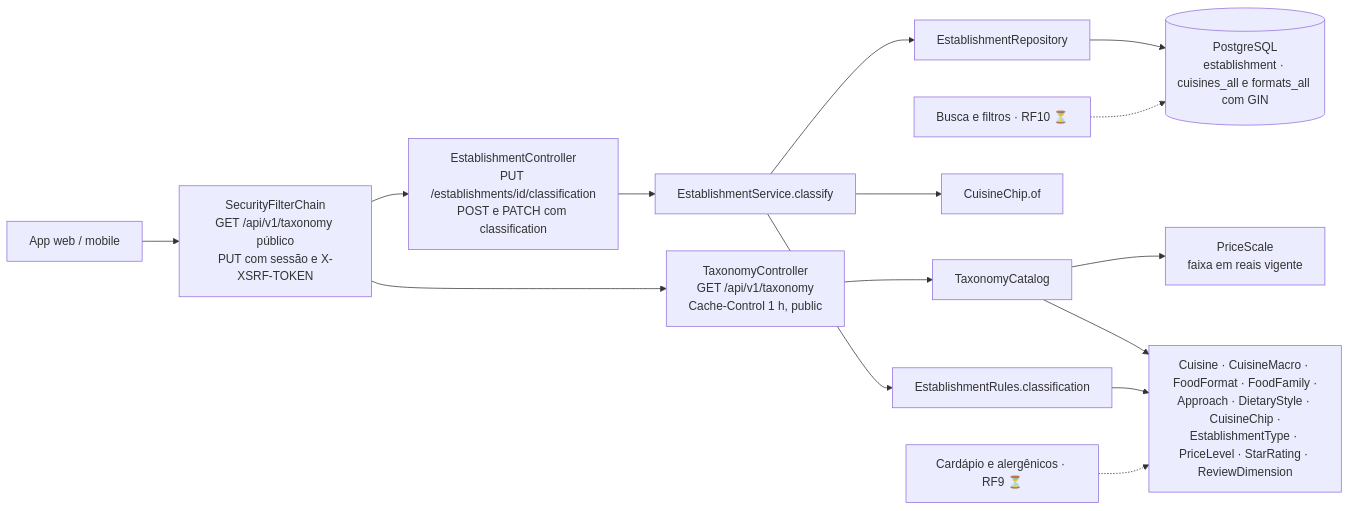
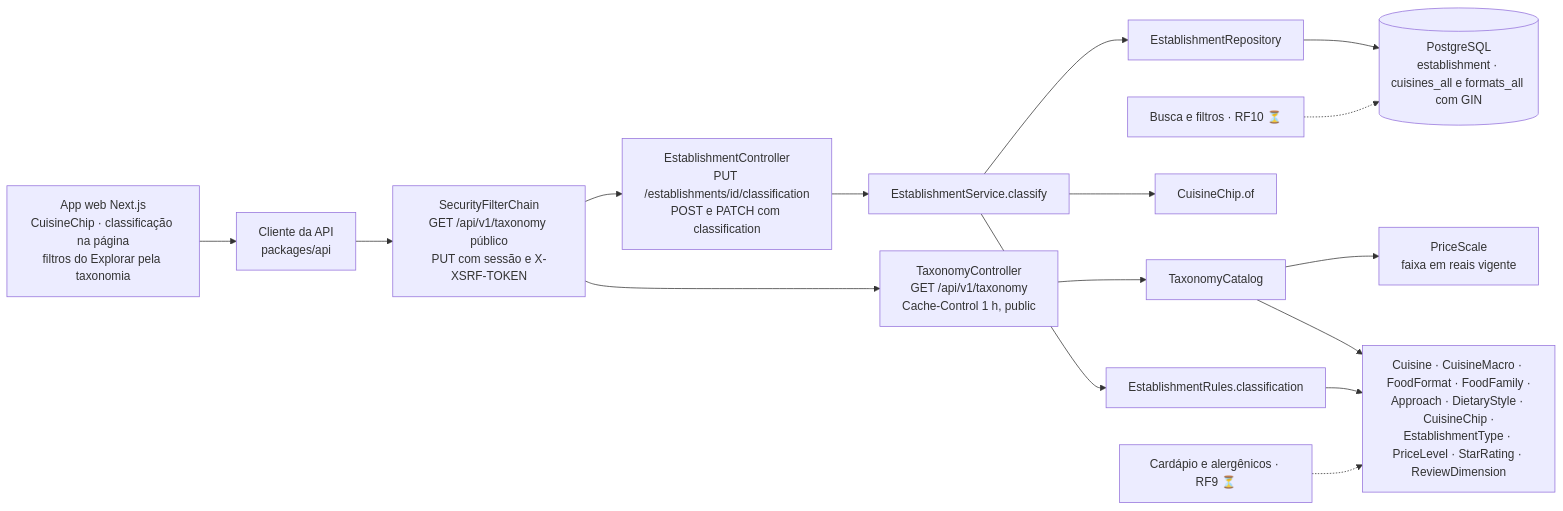
One commit to MatheusHaliski/Friendly-Eats changed the diagram in docs/RF7/componentes.md. Above: the diagram before and after it, drawn with Mermaid. The commit also changed 127 other files, not shown here.

````diff
--- a/docs/RF7/componentes.md
+++ b/docs/RF7/componentes.md
@@ -3,17 +3,17 @@
 ```mermaid
 flowchart LR
-    APP["App web / mobile"] --> SEC["SecurityFilterChain<br/>GET /api/v1/taxonomy público<br/>PUT com sessão e X-XSRF-TOKEN"]
+    WEB["App web Next.js<br/>CuisineChip · classificação na página<br/>filtros do Explorar pela taxonomia"] --> APP["Cliente da API<br/>packages/api"] --> SEC["SecurityFilterChain<br/>GET /api/v1/taxonomy público<br/>PUT com sessão e X-XSRF-TOKEN"]
     SEC --> TC["TaxonomyController<br/>GET /api/v1/taxonomy<br/>Cache-Control 1 h, public"]
     SEC --> EC["EstablishmentController<br/>PUT /establishments/id/classification<br/>POST e PATCH com classification"]
     TC --> CAT["TaxonomyCatalog"]
     CAT --> ENUM["Cuisine · CuisineMacro · FoodFormat · FoodFamily ·<br/>Approach · DietaryStyle · CuisineChip ·<br/>EstablishmentType · PriceLevel · StarRating · ReviewDimension"]
     CAT --> PS["PriceScale<br/>faixa em reais vigente"]
     EC --> ES["EstablishmentService.classify"]
     ES --> RU["EstablishmentRules.classification"]
     RU --> ENUM
     ES --> CH["CuisineChip.of"]
     ES --> ER["EstablishmentRepository"]
     ER --> PG[("PostgreSQL<br/>establishment · cuisines_all e formats_all com GIN")]
     BUSCA["Busca e filtros · RF10 ⏳"] -.-> PG
     MENU["Cardápio e alergênicos · RF9 ⏳"] -.-> ENUM
 ```
````
